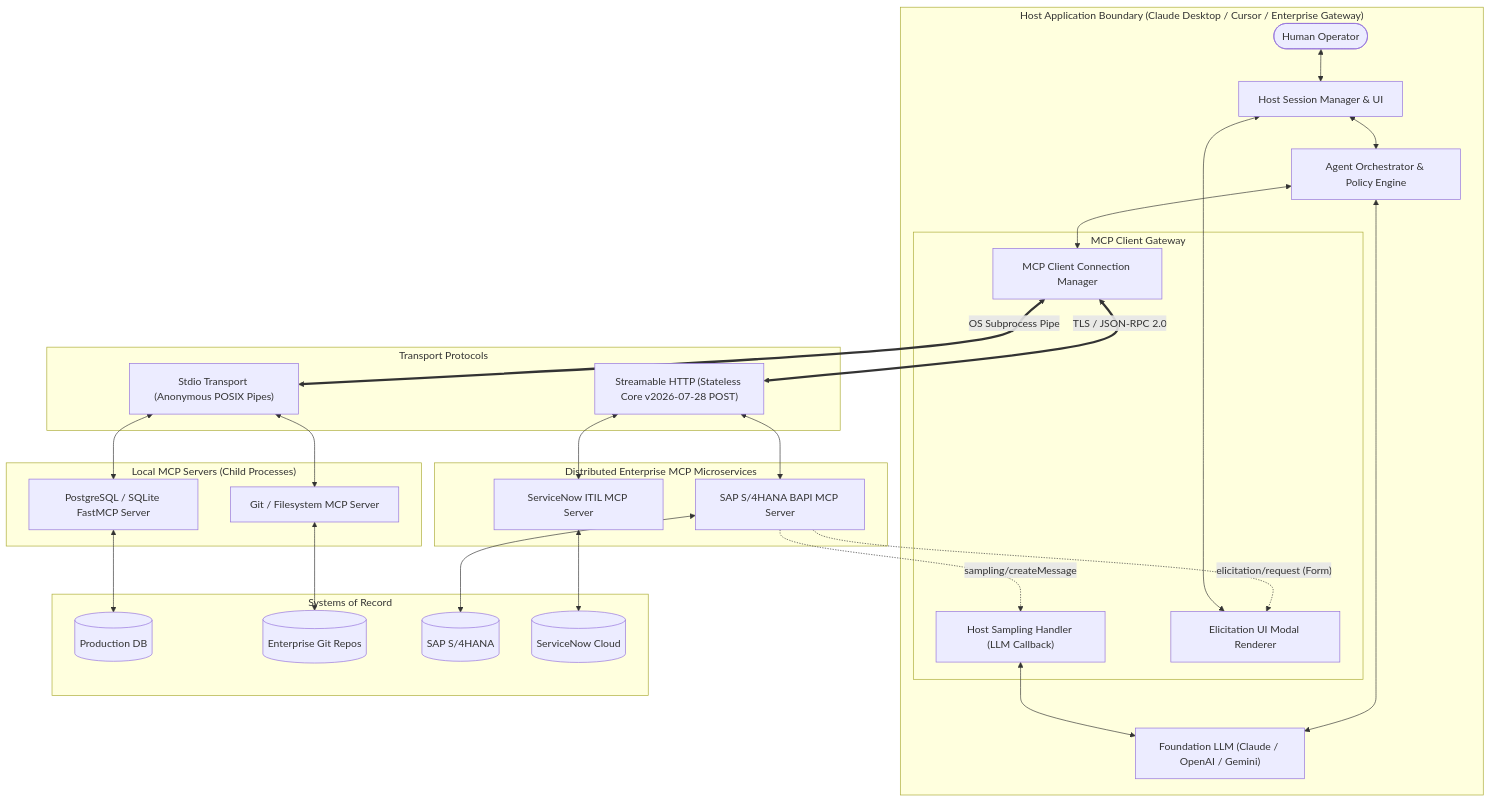
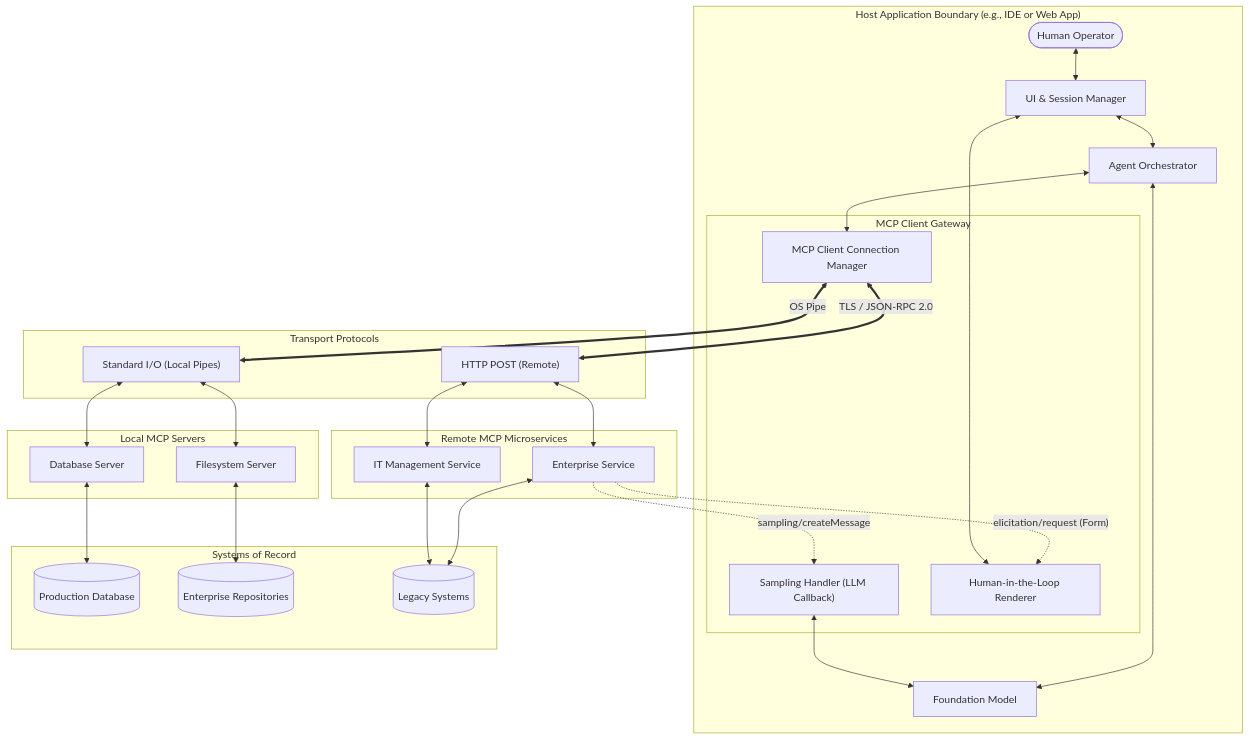
The first of 2 diagrams in 03-tools-and-model-context-protocol/README.md (dip4k/senior-engineer-to-ai-engineer-roadmap), drawn with Mermaid before and after one commit. The commit also changed other lines of this file and 59 other files, not shown here.

````diff
--- a/03-tools-and-model-context-protocol/README.md
+++ b/03-tools-and-model-context-protocol/README.md
@@ -58,58 +60,57 @@
 ```mermaid
 flowchart TD
-    subgraph HostEnv["Host Application Boundary (Claude Desktop / Cursor / Enterprise Gateway)"]
-        User(["Human Operator"]) <--> UI["Host Session Manager & UI"]
-        UI <--> Orchestrator["Agent Orchestrator & Policy Engine"]
-        Orchestrator <--> LLM["Foundation LLM (Claude / OpenAI / Gemini)"]
+    subgraph HostEnv["Host Application Boundary (e.g., IDE or Web App)"]
+        User(["Human Operator"]) <--> UI["UI & Session Manager"]
+        UI <--> Orchestrator["Agent Orchestrator"]
+        Orchestrator <--> LLM["Foundation Model"]
         
         subgraph MCPClientGateway["MCP Client Gateway"]
             ClientMgr["MCP Client Connection Manager"]
-            SamplingHandler["Host Sampling Handler (LLM Callback)"]
-            ElicitHandler["Elicitation UI Modal Renderer"]
+            SamplingHandler["Sampling Handler (LLM Callback)"]
+            ElicitHandler["Human-in-the-Loop Renderer"]
         end
         
         Orchestrator <--> ClientMgr
         SamplingHandler <--> LLM
         ElicitHandler <--> UI
     end
 
     subgraph TransportLayer["Transport Protocols"]
-        StdioPipe["Stdio Transport (Anonymous POSIX Pipes)"]
-        StreamHTTP["Streamable HTTP (Stateless Core v2026-07-28 POST)"]
+        StdioPipe["Standard I/O (Local Pipes)"]
+        StreamHTTP["HTTP POST (Remote)"]
     end
 
-    subgraph LocalServers["Local MCP Servers (Child Processes)"]
-        LocalDB["PostgreSQL / SQLite FastMCP Server"]
-        LocalFS["Git / Filesystem MCP Server"]
+    subgraph LocalServers["Local MCP Servers"]
+        LocalDB["Database Server"]
+        LocalFS["Filesystem Server"]
     end
 
-    subgraph RemoteServers["Distributed Enterprise MCP Microservices"]
-        RemoteERP["SAP S/4HANA BAPI MCP Server"]
-        RemoteITIL["ServiceNow ITIL MCP Server"]
+    subgraph RemoteServers["Remote MCP Microservices"]
+        RemoteERP["Enterprise Service"]
+        RemoteITIL["IT Management Service"]
     end
 
     subgraph EnterpriseBackends["Systems of Record"]
-        Postgres[("Production DB")]
-        GitRepo[("Enterprise Git Repos")]
-        SAP[("SAP S/4HANA")]
-        ServiceNow[("ServiceNow Cloud")]
+        Postgres[("Production Database")]
+        GitRepo[("Enterprise Repositories")]
+        LegacyERP[("Legacy Systems")]
     end
 
-    ClientMgr <==>|OS Subprocess Pipe| StdioPipe
+    ClientMgr <==>|OS Pipe| StdioPipe
     ClientMgr <==>|TLS / JSON-RPC 2.0| StreamHTTP
 
     StdioPipe <--> LocalDB
     StdioPipe <--> LocalFS
 
     StreamHTTP <--> RemoteERP
     StreamHTTP <--> RemoteITIL
 
     LocalDB <--> Postgres
     LocalFS <--> GitRepo
-    RemoteERP <--> SAP
-    RemoteITIL <--> ServiceNow
+    RemoteERP <--> LegacyERP
+    RemoteITIL <--> LegacyERP
 
     %% Reverse Sampling & Elicitation
     RemoteERP -.->|"sampling/createMessage"| SamplingHandler
     RemoteERP -.->|"elicitation/request (Form)"| ElicitHandler
 ```
````
